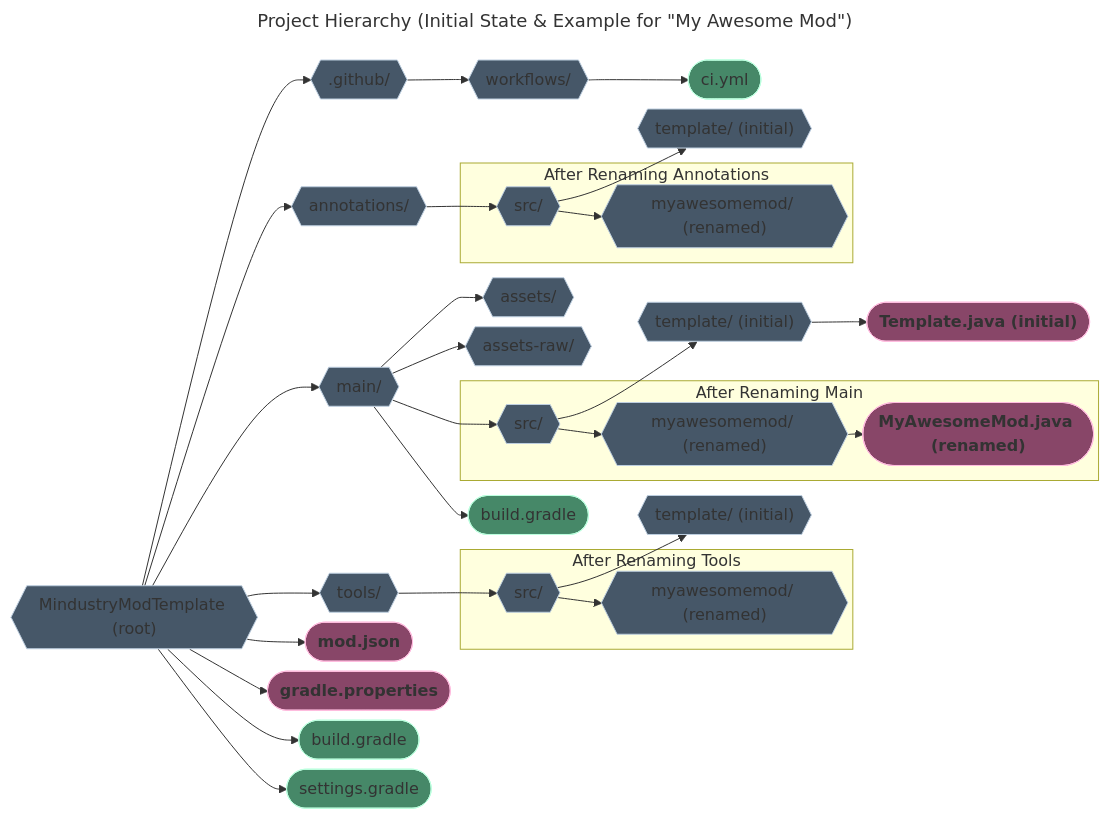
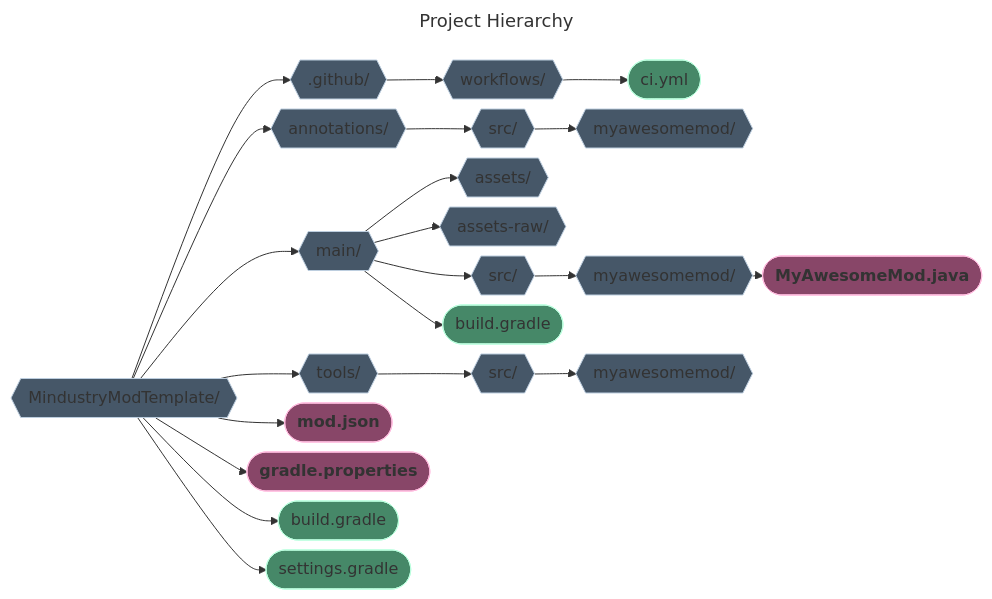
Before and after one commit to stabu-dev/MindustryModTemplate: the diagram in README.md, drawn with Mermaid. The commit also changed 1 other file, not shown here.

Commit message:
ah screw it

````diff
--- a/README.md
+++ b/README.md
@@ -49,65 +49,48 @@
     ```mermaid
     ---
-    title: Project Hierarchy (Initial State & Example for "My Awesome Mod")
+    title: Project Hierarchy
     ---
     graph LR;
     %%{init:{'flowchart':{'nodeSpacing': 10, 'rankSpacing': 10}}}%%;
 
     classDef folder fill:#465768,stroke:#bdcedf;
     classDef file fill:#468868,stroke:#bdffdf;
     classDef importantFile fill:#884668,stroke:#ffbddf,font-weight:bold;
 
-    root{{"MindustryModTemplate (root)"}};
+    root{{"MindustryModTemplate/"}};
     github{{".github/"}};
     workflows{{"workflows/"}};
     annotations_mod{{"annotations/"}};
     annotations_src{{"src/"}};
-    annotations_src_template_pkg{{"template/ (initial)"}};
-    annotations_src_myawesome_pkg{{"myawesomemod/ (renamed)"}};
+    annotations_pkg{{"myawesomemod/"}};
     main_mod{{"main/"}};
     main_assets{{"assets/"}};
     main_assets_raw{{"assets-raw/"}};
     main_src{{"src/"}};
-    main_src_template_pkg{{"template/ (initial)"}};
-    main_src_myawesome_pkg{{"myawesomemod/ (renamed)"}};
+    main_pkg{{"myawesomemod/"}};
     tools_mod{{"tools/"}};
     tools_src{{"src/"}};
-    tools_src_template_pkg{{"template/ (initial)"}};
-    tools_src_myawesome_pkg{{"myawesomemod/ (renamed)"}};
-
-    class root,github,workflows,annotations_mod,annotations_src,annotations_src_template_pkg,annotations_src_myawesome_pkg,main_mod,main_assets,main_assets_raw,main_src,main_src_template_pkg,main_src_myawesome_pkg,tools_mod,tools_src,tools_src_template_pkg,tools_src_myawesome_pkg folder
+    tools_pkg{{"myawesomemod/"}};
 
     ci_yml(["ci.yml"]);
     mod_json(["mod.json"]);
     gradle_properties(["gradle.properties"]);
     root_build_gradle(["build.gradle"]);
     settings_gradle(["settings.gradle"]);
     main_build_gradle(["build.gradle"]);
-    template_java(["Template.java (initial)"]);
-    my_awesome_mod_java(["MyAwesomeMod.java (renamed)"]);
+    main_java_file(["MyAwesomeMod.java"]);
 
-    class ci_yml,root_build_gradle,settings_gradle,main_build_gradle file
-    class mod_json,gradle_properties,template_java,my_awesome_mod_java importantFile
+    class root,github,workflows,annotations_mod,annotations_src,annotations_pkg,main_mod,main_assets,main_assets_raw,main_src,main_pkg,tools_mod,tools_src,tools_pkg folder;
+    class ci_yml,root_build_gradle,settings_gradle,main_build_gradle file;
+    class mod_json,gradle_properties,main_java_file importantFile;
 
     root-->github-->workflows-->ci_yml;
-    root-->annotations_mod-->annotations_src;
-        annotations_src --> annotations_src_template_pkg;
-        subgraph After Renaming Annotations
-            annotations_src --> annotations_src_myawesome_pkg;
-        end
+    root-->annotations_mod-->annotations_src-->annotations_pkg;
     root-->main_mod;
-        main_mod-->main_assets;
-        main_mod-->main_assets_raw;
-        main_mod-->main_src;
-            main_src --> main_src_template_pkg --> template_java;
-            subgraph After Renaming Main
-                main_src --> main_src_myawesome_pkg --> my_awesome_mod_java;
-            end
-        main_mod-->main_build_gradle;
-    root-->tools_mod-->tools_src;
-        tools_src --> tools_src_template_pkg;
-        subgraph After Renaming Tools
-            tools_src --> tools_src_myawesome_pkg;
-        end
+    main_mod-->main_assets;
+    main_mod-->main_assets_raw;
+    main_mod-->main_src-->main_pkg-->main_java_file;
+    main_mod-->main_build_gradle;
+    root-->tools_mod-->tools_src-->tools_pkg;
     root-->mod_json & gradle_properties & root_build_gradle & settings_gradle;
     ```
````
